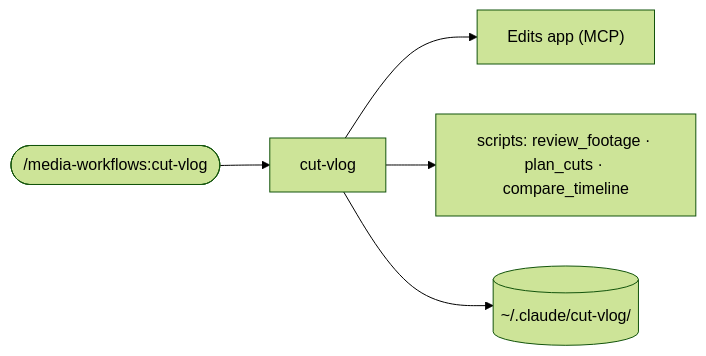
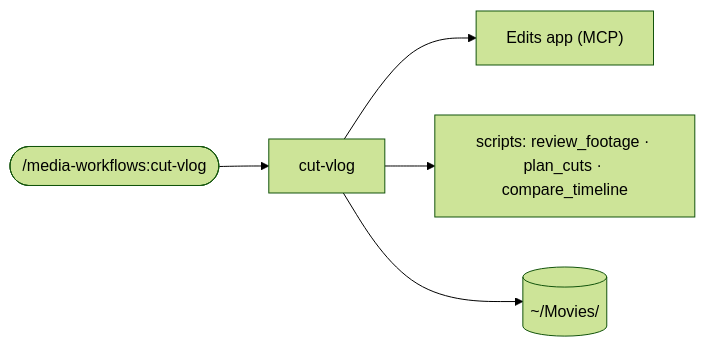
The diagram in plugins/media-workflows/README.md (ThodsaphonSonthiphin/workflow-daily-work), drawn with Mermaid (forest theme) before and after one commit. The commit also changed other lines of this file and 20 other files, not shown here.

First line of the commit message:
cut-vlog: keep its files in the video-editing folder (ADR 0314)

````diff
--- a/plugins/media-workflows/README.md
+++ b/plugins/media-workflows/README.md
@@ -5,7 +5,7 @@
 ```mermaid
 flowchart LR
     U(["/media-workflows:cut-vlog"]) --> SK["cut-vlog"]
     SK --> E["Edits app (MCP)"]
     SK --> SC["scripts: review_footage · plan_cuts · compare_timeline"]
-    SK --> F[("~/.claude/cut-vlog/")]
+    SK --> F[("~/Movies/")]
 ```
````
